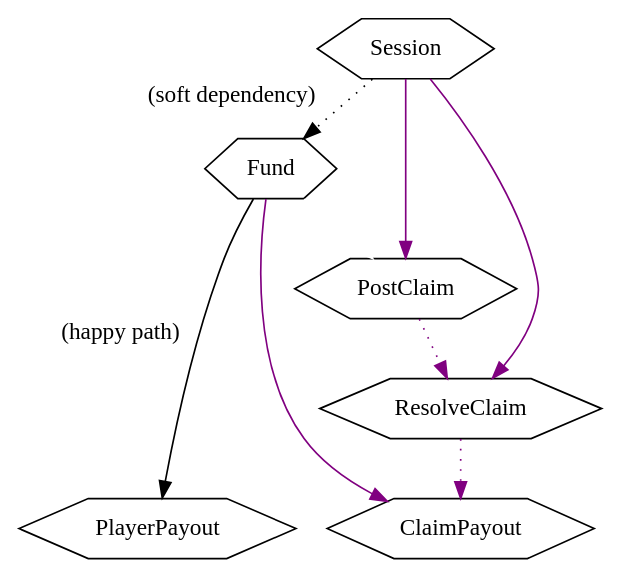
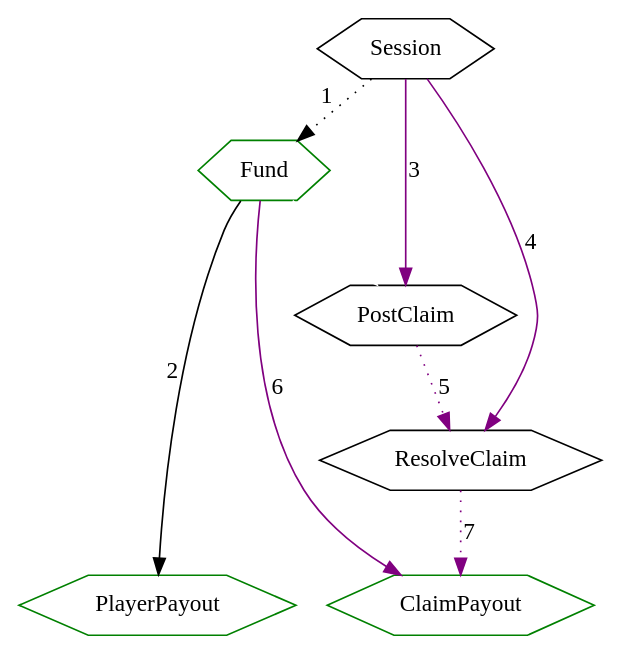
Before and after one commit to ssadler/hoek: the diagram in specs/txs.dot, drawn with Graphviz. The commit also changed 2 other files, not shown here.

```diff
--- a/specs/txs.dot
+++ b/specs/txs.dot
@@ -1,13 +1,18 @@
 digraph Txs {
     node [shape=hexagon]
-    Session -> Fund [style=dotted, xlabel="(soft dependency)"]
-    Fund -> PlayerPayout [xlabel="(happy path)"]
+    node [color=green]
+    Fund
+    PlayerPayout
+    ClaimPayout
+    node [color=black]
+    Session -> Fund [style=dotted, xlabel=1]
+    Fund -> PlayerPayout [xlabel=2]
     edge [color=purple]
-    Fund -> ClaimPayout
-    Session -> PostClaim
-    Session -> ResolveClaim
-    ResolveClaim -> ClaimPayout [style=dotted]
-    PostClaim -> ResolveClaim [style=dotted]
+    Session -> PostClaim [label=3]
+    Session -> ResolveClaim [label=4]
+    PostClaim -> ResolveClaim [style=dotted,label=5]
+    Fund -> ClaimPayout [label=6]
+    ResolveClaim -> ClaimPayout [style=dotted,label=7]
     Fund -> PostClaim [color=white]
     {rank = same; ClaimPayout; PlayerPayout; }
 }
```
